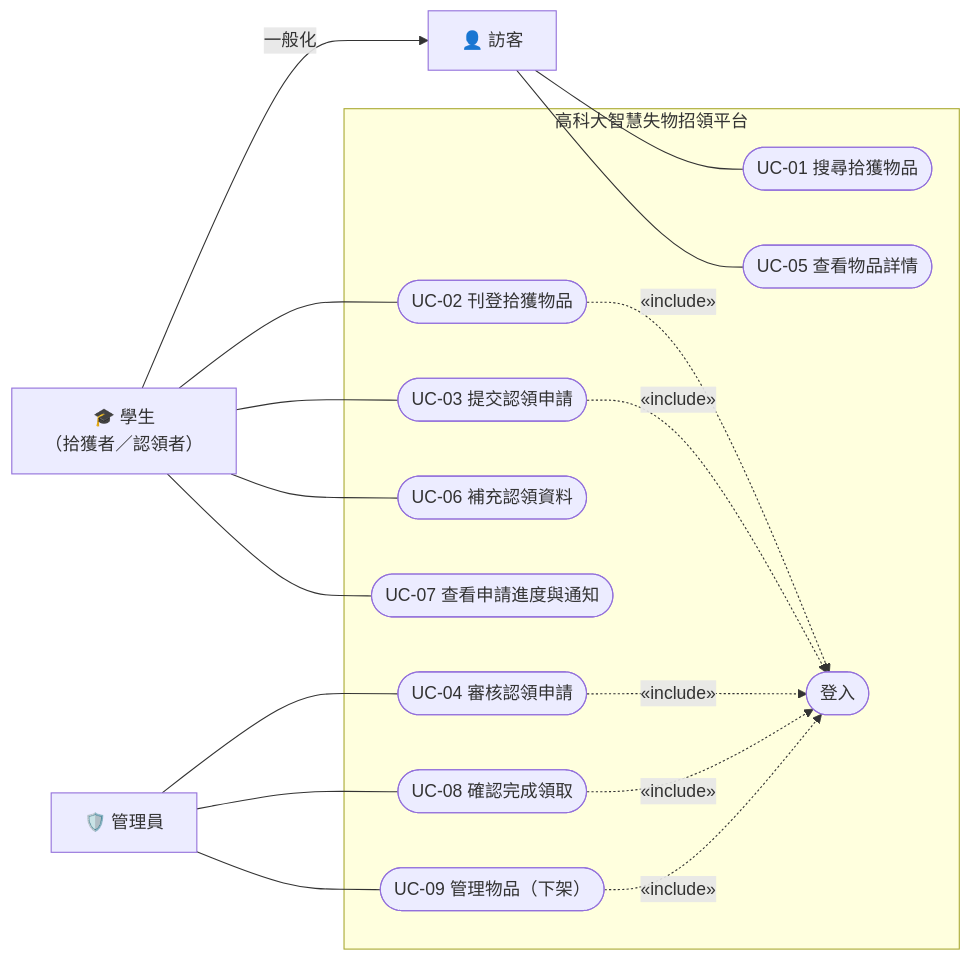
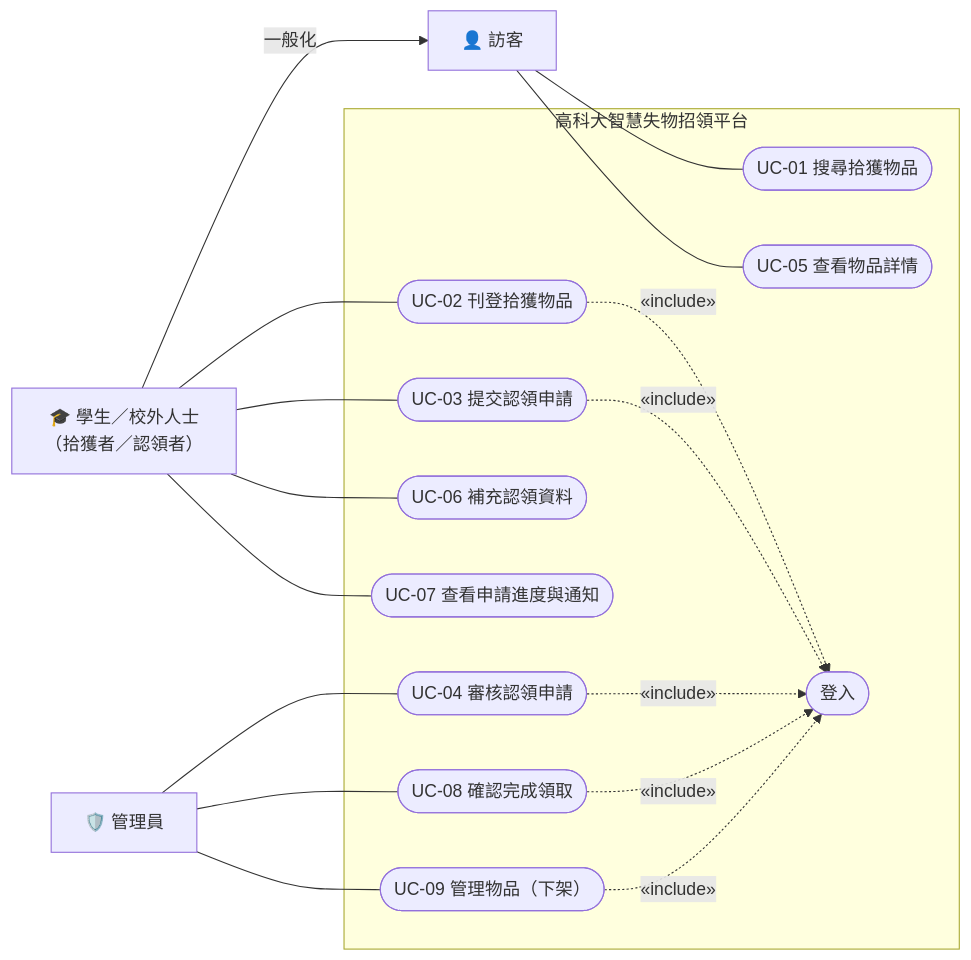
Before and after one commit to ymnu-sys/-: the diagram in hw3.md, drawn with Mermaid. The commit also changed other lines of this file and 19 other files, not shown here.

````diff
--- a/hw3.md
+++ b/hw3.md
@@ -43,36 +43,36 @@
 ```mermaid
 flowchart LR
     Guest["👤 訪客"]
-    Student["🎓 學生<br/>（拾獲者／認領者）"]
+    Student["🎓 學生／校外人士<br/>（拾獲者／認領者）"]
     Admin["🛡️ 管理員"]
     Student -->|一般化| Guest
 
     subgraph SYS["高科大智慧失物招領平台"]
         UC01(["UC-01 搜尋拾獲物品"])
         UC05(["UC-05 查看物品詳情"])
         UC02(["UC-02 刊登拾獲物品"])
         UC03(["UC-03 提交認領申請"])
         UC06(["UC-06 補充認領資料"])
         UC07(["UC-07 查看申請進度與通知"])
         UC04(["UC-04 審核認領申請"])
         UC08(["UC-08 確認完成領取"])
         UC09(["UC-09 管理物品（下架）"])
         LOGIN(["登入"])
     end
 
     Guest --- UC01
     Guest --- UC05
     Student --- UC02
     Student --- UC03
     Student --- UC06
     Student --- UC07
     Admin --- UC04
     Admin --- UC08
     Admin --- UC09
 
     UC02 -.->|«include»| LOGIN
     UC03 -.->|«include»| LOGIN
     UC04 -.->|«include»| LOGIN
     UC08 -.->|«include»| LOGIN
     UC09 -.->|«include»| LOGIN
 ```
````
